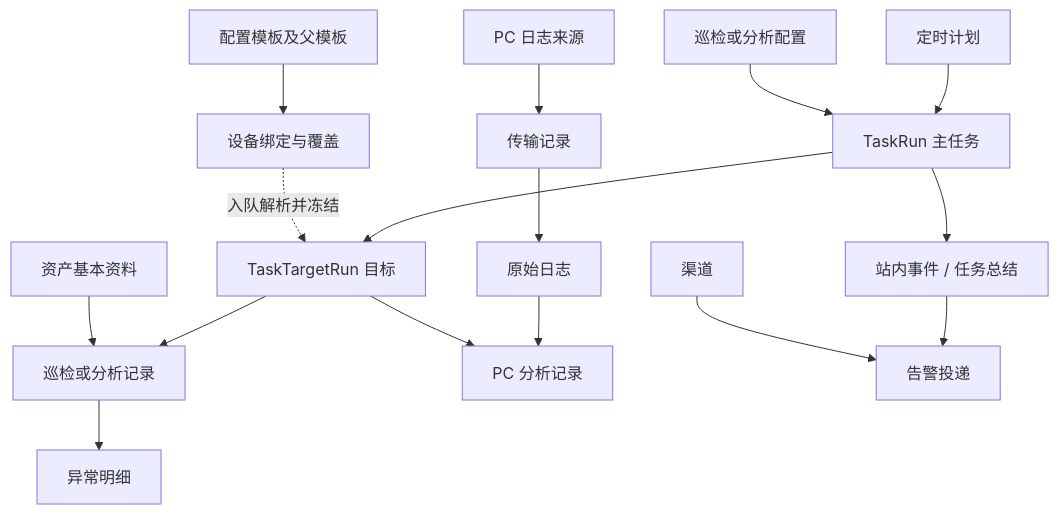
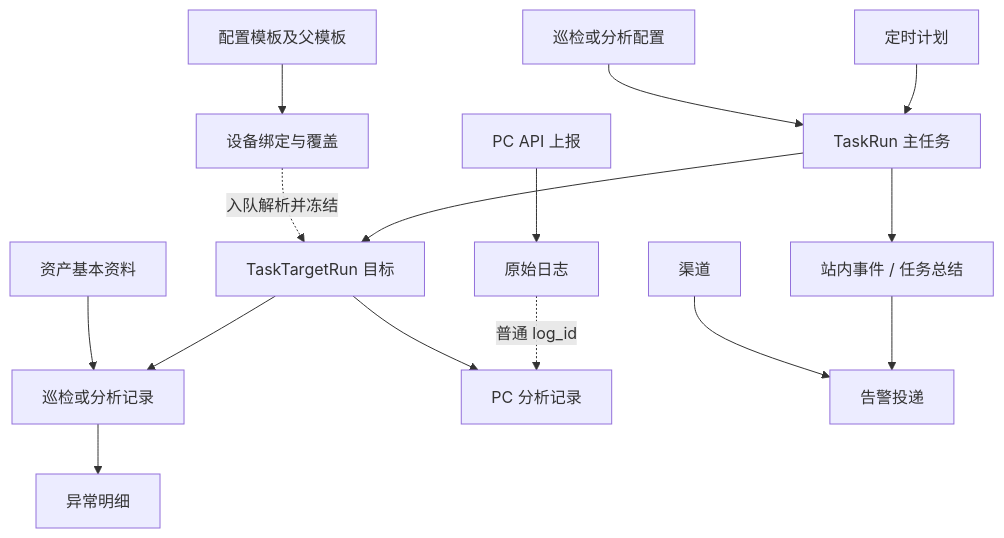
The diagram in docs/architecture.md (a87150/Net-Inspection), drawn with Mermaid before and after one commit. The commit also changed other lines of this file and 223 other files, not shown here.

````diff
--- a/docs/architecture.md
+++ b/docs/architecture.md
@@ -56,18 +55,17 @@
 ```mermaid
 flowchart TD
     Schedule[定时计划] --> Task[TaskRun 主任务]
     Profile[巡检或分析配置] --> Task
     Task --> Target[TaskTargetRun 目标]
     Target --> Result[巡检或分析记录]
     Asset[资产基本资料] --> Result
-    Source[PC 日志来源] --> Transfer[传输记录]
-    Transfer --> Log[原始日志]
-    Log --> Analysis[PC 分析记录]
+    Api[PC API 上报] --> Log[原始日志]
+    Log -. 普通 log_id .-> Analysis[PC 分析记录]
     Target --> Analysis
     Result --> Errors[异常明细]
     Task --> Event[站内事件 / 任务总结]
     Event --> Delivery[告警投递]
     Channel[渠道] --> Delivery
     Template[配置模板及父模板] --> Binding[设备绑定与覆盖]
     Binding -. 入队解析并冻结 .-> Target
 ```
````
